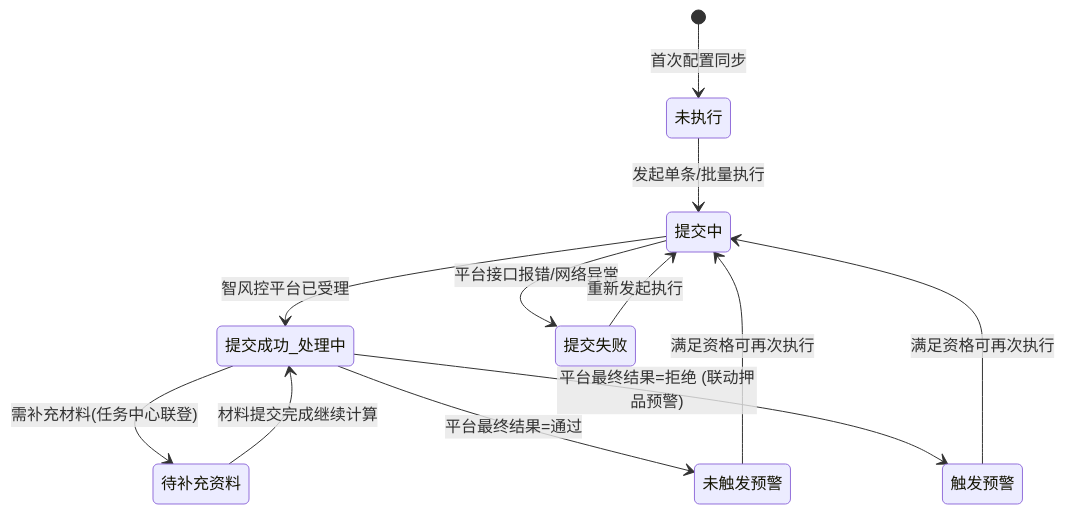
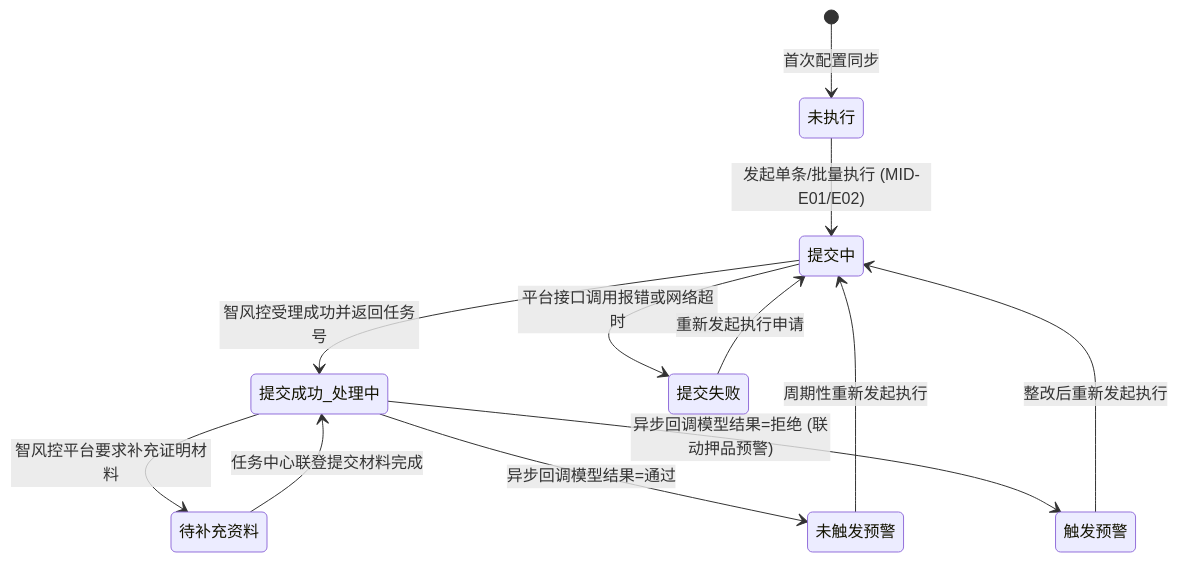
One commit to RobertHuang999/SYZC changed the second of 2 diagrams in 02-PRD文档/B-迭代需求/6.2版本（2026.08）/02-预警信息/03贷中风控管理/贷中风控管理主PRD.md. Above: the diagram before and after it, drawn with Mermaid. The commit also changed other lines of this file and 146 other files, not shown here.

````diff
--- a/02-PRD文档/B-迭代需求/6.2版本（2026.08）/02-预警信息/03贷中风控管理/贷中风控管理主PRD.md
+++ b/02-PRD文档/B-迭代需求/6.2版本（2026.08）/02-预警信息/03贷中风控管理/贷中风控管理主PRD.md
@@ -69,14 +118,14 @@
 ```mermaid
 stateDiagram-v2
-    [*] --> 未执行: 首次配置同步
-    未执行 --> 提交中: 发起单条/批量执行
-    提交中 --> 提交成功_处理中: 智风控平台已受理
-    提交中 --> 提交失败: 平台接口报错/网络异常
-    提交成功_处理中 --> 待补充资料: 需补充材料(任务中心联登)
-    待补充资料 --> 提交成功_处理中: 材料提交完成继续计算
-    提交成功_处理中 --> 未触发预警: 平台最终结果=通过
-    提交成功_处理中 --> 触发预警: 平台最终结果=拒绝 (联动押品预警)
-    提交失败 --> 提交中: 重新发起执行
-    未触发预警 --> 提交中: 满足资格可再次执行
-    触发预警 --> 提交中: 满足资格可再次执行
+    [*] --> 未执行 : 首次配置同步
+    未执行 --> 提交中 : 发起单条/批量执行 (MID-E01/E02)
+    提交中 --> 提交成功_处理中 : 智风控受理成功并返回任务号
+    提交中 --> 提交失败 : 平台接口调用报错或网络超时
+    提交成功_处理中 --> 待补充资料 : 智风控平台要求补充证明材料
+    待补充资料 --> 提交成功_处理中 : 任务中心联登提交材料完成
+    提交成功_处理中 --> 未触发预警 : 异步回调模型结果=通过
+    提交成功_处理中 --> 触发预警 : 异步回调模型结果=拒绝 (联动押品预警)
+    提交失败 --> 提交中 : 重新发起执行申请
+    未触发预警 --> 提交中 : 周期性重新发起执行
+    触发预警 --> 提交中 : 整改后重新发起执行
 ```
````
